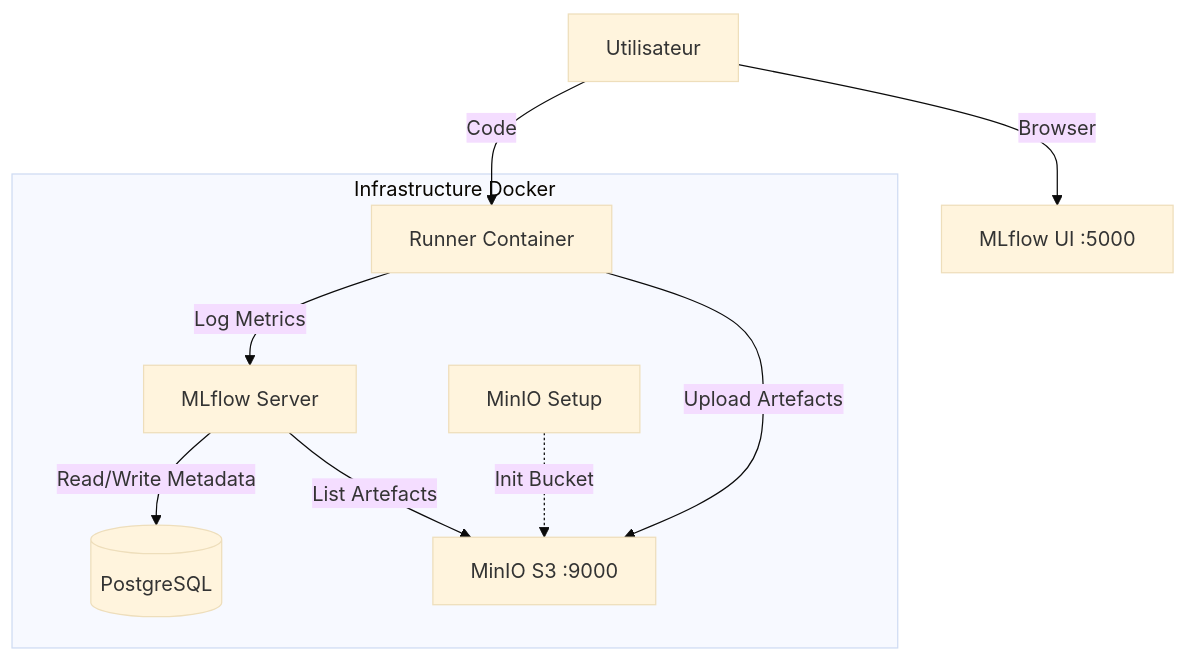
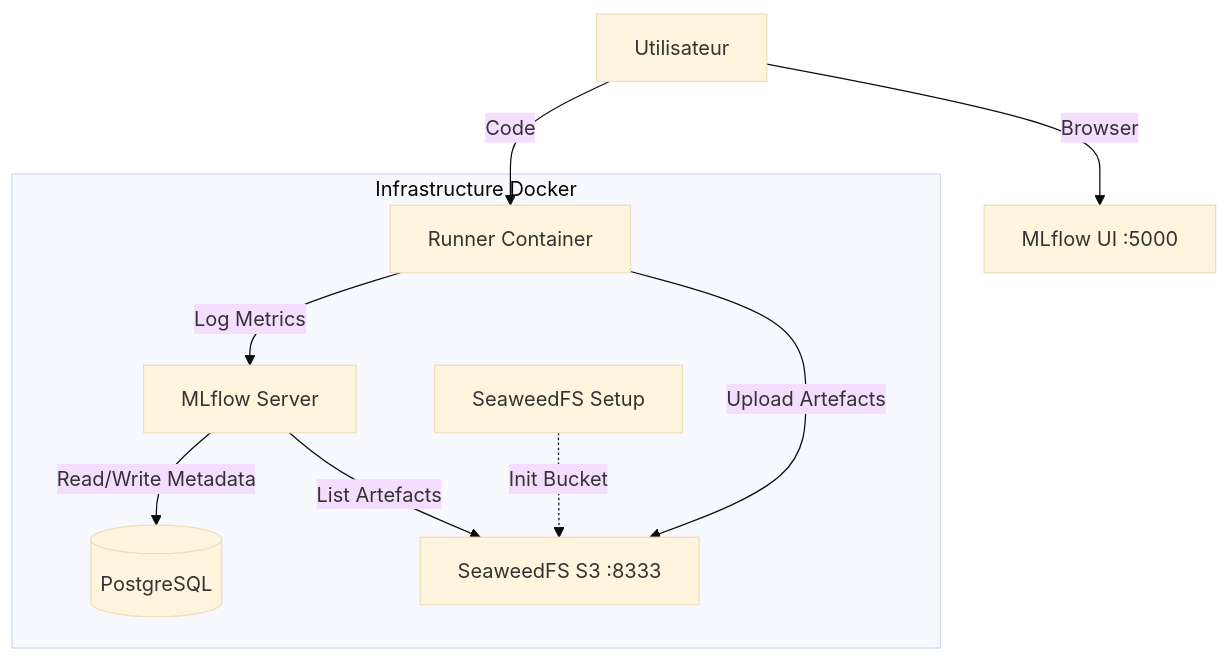
The first of 2 diagrams in TUTORIAL.md (floSa/MLflow-Test-Bench), drawn with Mermaid (base theme) before and after one commit. The commit also changed other lines of this file and 7 other files, not shown here.

First line of the commit message:
fix(stockage): remplace MinIO par SeaweedFS 3.80 et ajoute un test de fumee

````diff
--- a/TUTORIAL.md
+++ b/TUTORIAL.md
@@ -39,15 +39,15 @@
 ```mermaid
 graph TD
     User[Utilisateur] -->|Code| Runner[Runner Container]
     User -->|Browser| MLflowUI[MLflow UI :5000]
     
     subgraph "Infrastructure Docker"
         Runner -->|Log Metrics| Server[MLflow Server]
-        Runner -->|Upload Artefacts| MinIO[MinIO S3 :9000]
+        Runner -->|Upload Artefacts| SeaweedFS[SeaweedFS S3 :8333]
         
         Server -->|Read/Write Metadata| DB[(PostgreSQL)]
-        Server -->|List Artefacts| MinIO
+        Server -->|List Artefacts| SeaweedFS
         
-        MinIO_Setup[MinIO Setup] -.->|Init Bucket| MinIO
+        Setup[SeaweedFS Setup] -.->|Init Bucket| SeaweedFS
     end
 ```
````
